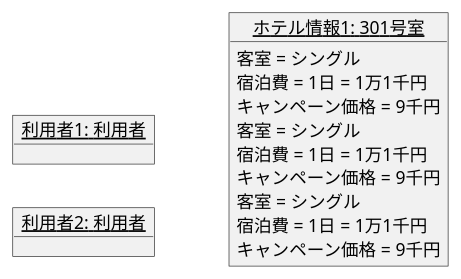
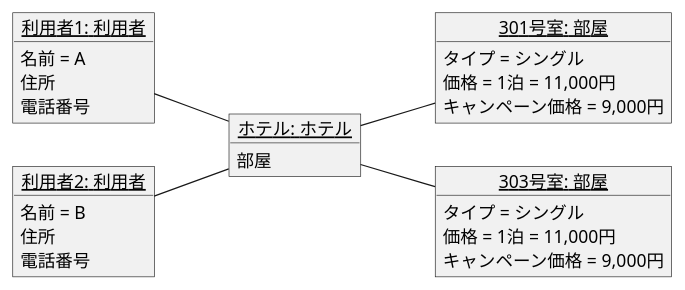
One commit to Takhshi/uml-introduction changed the diagram in 演習3-5_OBJ_ホテル宿泊予約.pu. Above: the diagram before and after it, drawn with PlantUML. The commit also changed 4 other files, not shown here.

```diff
--- a/演習3-5_OBJ_ホテル宿泊予約.pu
+++ b/演習3-5_OBJ_ホテル宿泊予約.pu
@@ -1,25 +1,30 @@
 @startuml ホテル宿泊予約
 left to right direction
-object "<u>利用者1: 利用者</u>" as a {
-
+object "<u>利用者1: 利用者</u>" as customer1 {
+名前 = A
+住所
+電話番号
 }
-object "<u>利用者2: 利用者</u>" as b {
-
+object "<u>利用者2: 利用者</u>" as customer2 {
+名前 = B
+住所
+電話番号
 }
-
-object "<u>ホテル情報1: 301号室</u>" as hotel{
-客室 = シングル
-宿泊費 = 1日 = 1万1千円
-キャンペーン価格 = 9千円
+object "<u>ホテル: ホテル</u>" as hotel1 {
+部屋
 }
-object "<u>ホテル情報1: 302号室</u>" as hotel{
-客室 = シングル
-宿泊費 = 1日 = 1万1千円
-キャンペーン価格 = 9千円
+object "<u>301号室: 部屋</u>" as room1 {
+タイプ = シングル
+価格 = 1泊 = 11,000円
+キャンペーン価格 = 9,000円
 }
-object "<u>ホテル情報1: 303号室</u>" as hotel{
-客室 = シングル
-宿泊費 = 1日 = 1万1千円
-キャンペーン価格 = 9千円
+object "<u>303号室: 部屋</u>" as room2 {
+タイプ = シングル
+価格 = 1泊 = 11,000円
+キャンペーン価格 = 9,000円
 }
+customer1 -- hotel1
+hotel1 -- room1
+customer2 -- hotel1
+hotel1 -- room2
 @enduml
```
